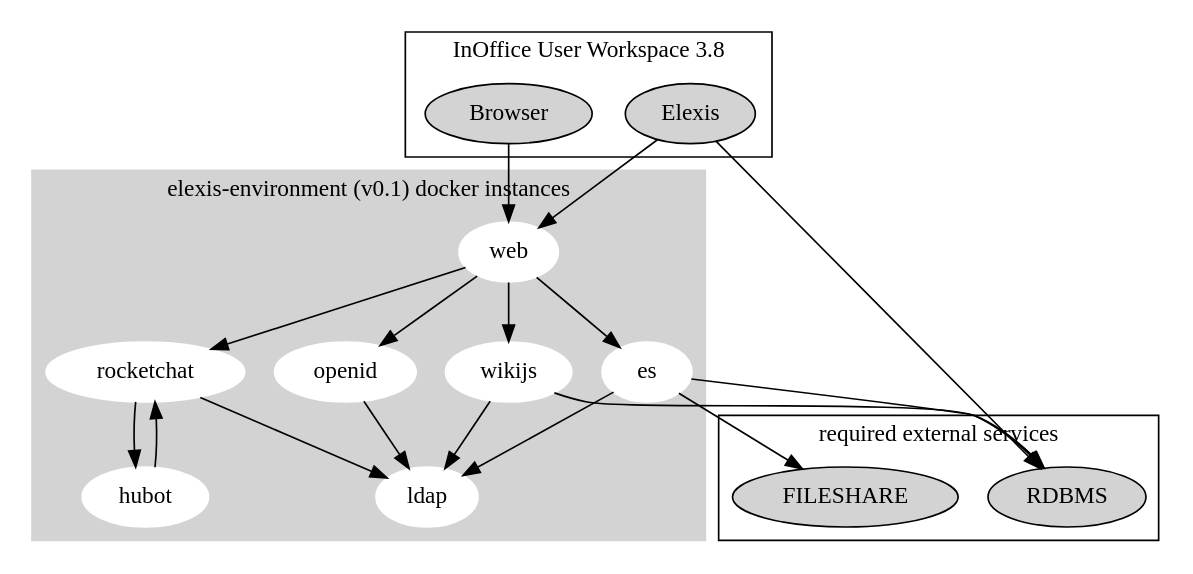
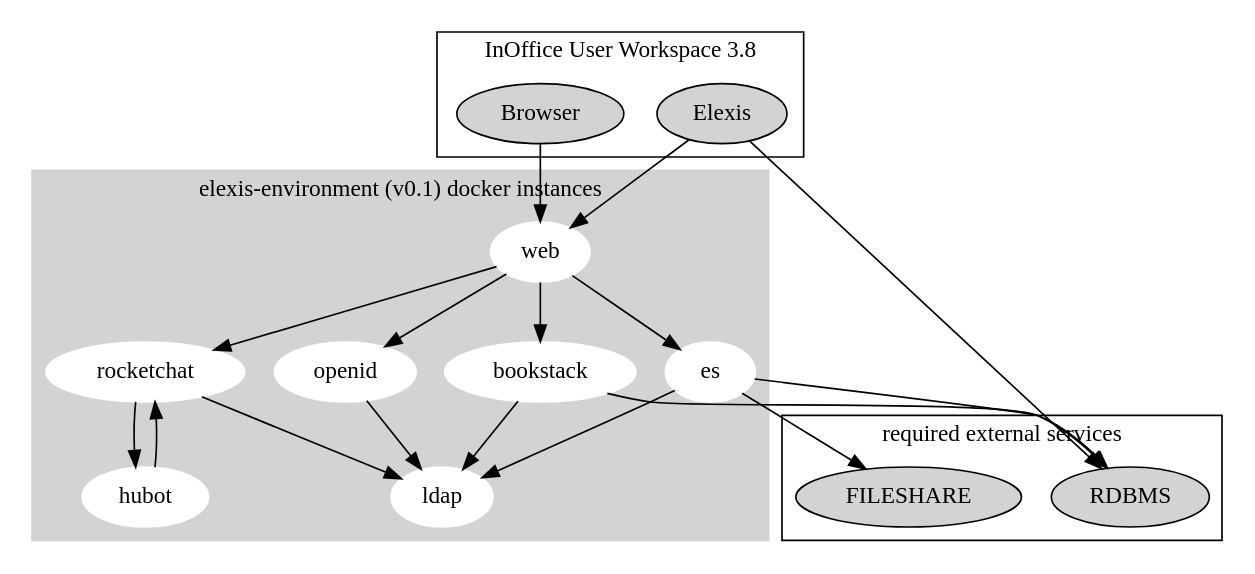
Before and after one commit to elexis/elexis-environment: the diagram in elexis-environment.dot, drawn with Graphviz. The commit also changed 9 other files, not shown here.

```diff
--- a/elexis-environment.dot
+++ b/elexis-environment.dot
@@ -1,42 +1,42 @@
 digraph elexisenvironment {
 
     subgraph cluster_0 {
         node [style=filled,color=white];
         style=filled;
         color=lightgrey;
         es -> ldap;
         rocketchat -> hubot;
         hubot -> rocketchat;
         rocketchat -> ldap;
-        wikijs -> ldap;
+        bookstack -> ldap;
         web -> rocketchat;
-        web -> wikijs;
+        web -> bookstack;
         web -> es;
         web -> openid;
         openid -> ldap;
         // hubot -> es;
         label="elexis-environment (v0.1) docker instances"
     }
 
     subgraph cluster_1 {
         node [style=filled];
         label="required external services"
         RDBMS;
         FILESHARE;
     }
 
     subgraph cluster_2 {
         node [style=filled];
         label="InOffice User Workspace 3.8"
         Elexis;
         Browser;
     }
 
     Elexis -> web;
     Browser -> web;
     Elexis -> RDBMS;
-    wikijs -> RDBMS;
+    bookstack -> RDBMS;
 
     es -> RDBMS;
     es -> FILESHARE;
 }
```
